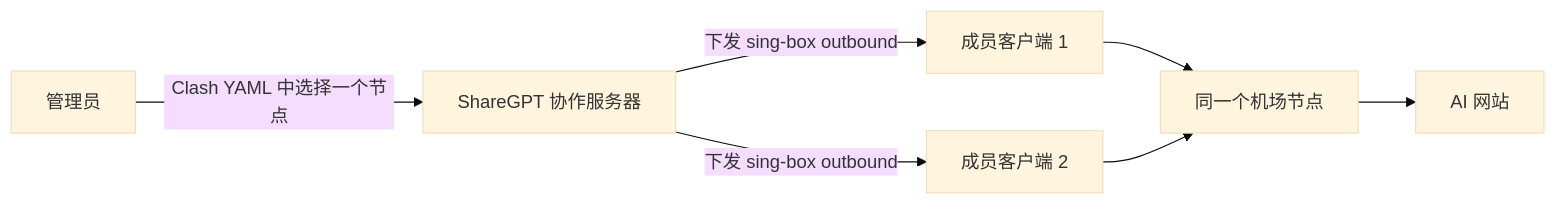
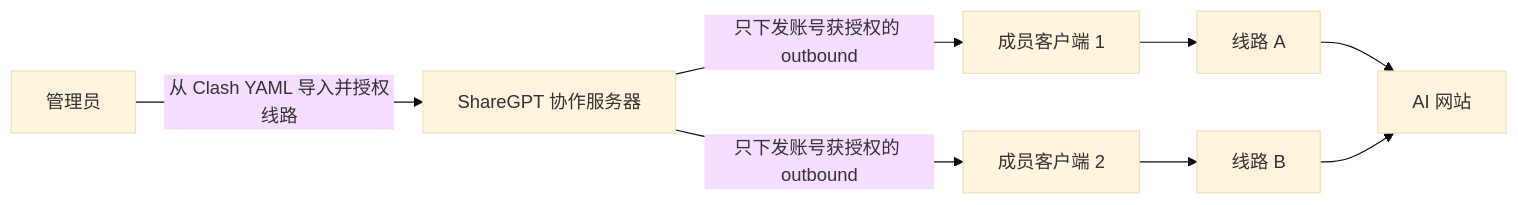
Before and after one commit to Sjeary/ShareGPT: the fourth of 4 diagrams in docs/SELF_HOSTING.md, drawn with Mermaid (base theme). The commit also changed other lines of this file, not shown here.

````diff
--- a/docs/SELF_HOSTING.md
+++ b/docs/SELF_HOSTING.md
@@ -1158,9 +1187,10 @@
 ```mermaid
 flowchart LR
-  Admin["管理员"] -->|"Clash YAML 中选择一个节点"| Collab["ShareGPT 协作服务器"]
-  Collab -->|"下发 sing-box outbound"| C1["成员客户端 1"]
-  Collab -->|"下发 sing-box outbound"| C2["成员客户端 2"]
-  C1 --> Node["同一个机场节点"]
-  C2 --> Node
-  Node --> AI["AI 网站"]
+  Admin["管理员"] -->|"从 Clash YAML 导入并授权线路"| Collab["ShareGPT 协作服务器"]
+  Collab -->|"只下发账号获授权的 outbound"| C1["成员客户端 1"]
+  Collab -->|"只下发账号获授权的 outbound"| C2["成员客户端 2"]
+  C1 --> N1["线路 A"]
+  C2 --> N2["线路 B"]
+  N1 --> AI["AI 网站"]
+  N2 --> AI
 ```
````
